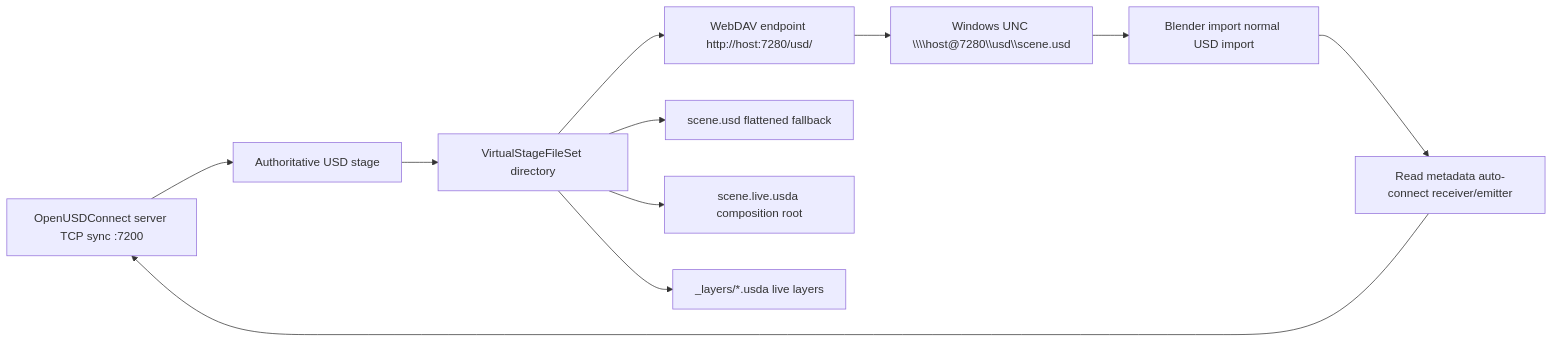
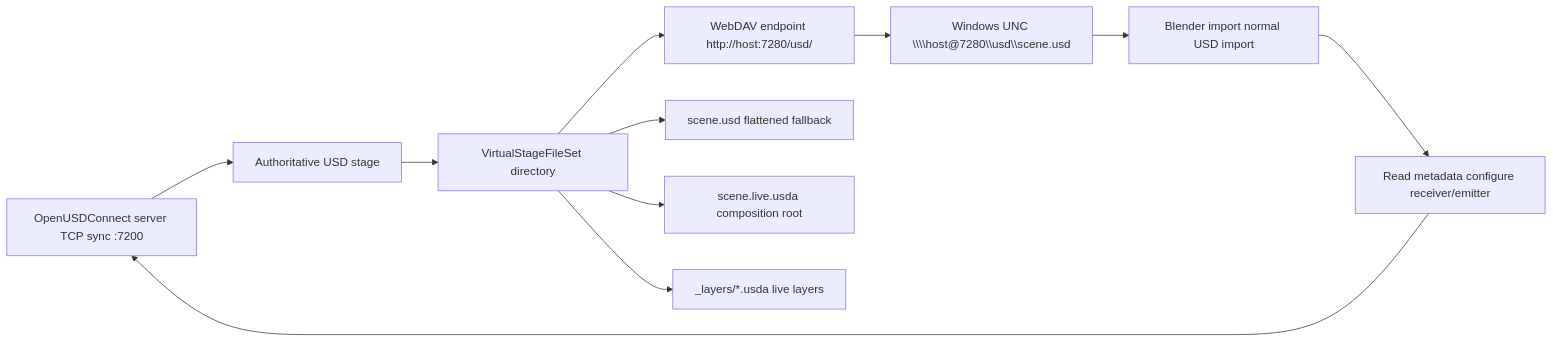
The diagram in docs/live-open-production-guide.md (RoboticHuman/OpenUSDConnect), drawn with Mermaid before and after one commit. The commit also changed other lines of this file and 10 other files, not shown here.

````diff
--- a/docs/live-open-production-guide.md
+++ b/docs/live-open-production-guide.md
@@ -8,13 +8,13 @@
 ```mermaid
 flowchart LR
     A["OpenUSDConnect server TCP sync :7200"] --> B["Authoritative USD stage"]
     B --> C["VirtualStageFileSet directory"]
     C --> D["WebDAV endpoint http://host:7280/usd/"]
     C --> J["scene.usd flattened fallback"]
     C --> K["scene.live.usda composition root"]
     C --> L["_layers/*.usda live layers"]
     D --> E["Windows UNC \\\\host@7280\\usd\\scene.usd"]
     E --> G["Blender import normal USD import"]
-    G --> I["Read metadata auto-connect receiver/emitter"]
+    G --> I["Read metadata configure receiver/emitter"]
     I --> A
 ```
````
